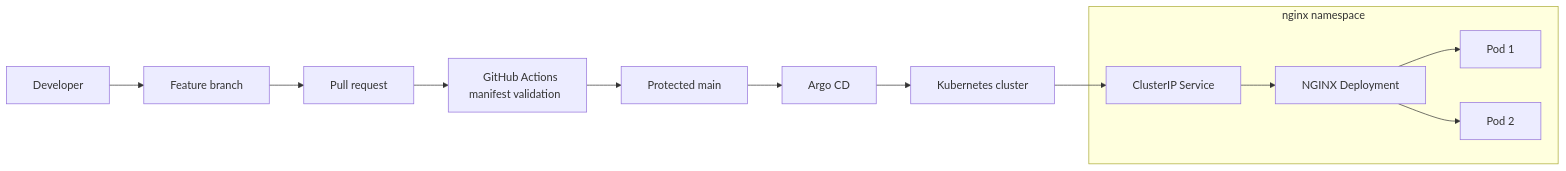
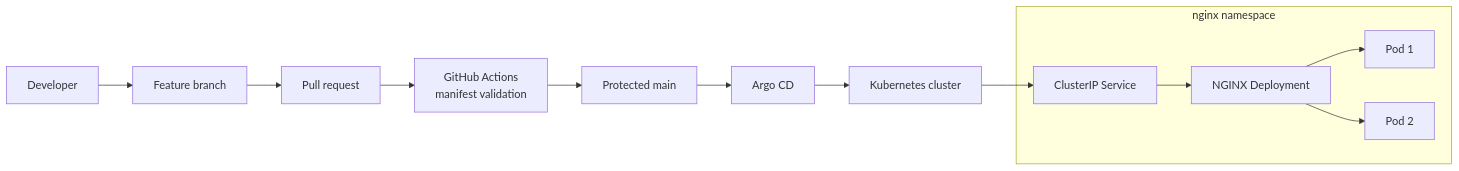
One commit to AZ1600/platform-engineering-gitops-argocd changed the diagram in README.md. Above: the diagram before and after it, drawn with Mermaid. The commit also changed other lines of this file and 1 other file, not shown here.

Commit message:
docs: add GitOps project overview and polish README

````diff
--- a/README.md
+++ b/README.md
@@ -15,30 +73,30 @@
 ```mermaid
 flowchart LR
-    DEV["&nbsp;&nbsp;Developer&nbsp;&nbsp;"]
-    BRANCH["&nbsp;&nbsp;Feature branch&nbsp;&nbsp;"]
-    PR["&nbsp;&nbsp;Pull request&nbsp;&nbsp;"]
-    CI["&nbsp;&nbsp;GitHub Actions<br/>manifest validation&nbsp;&nbsp;"]
-    MAIN["&nbsp;&nbsp;Protected main&nbsp;&nbsp;"]
-    ARGO["&nbsp;&nbsp;Argo CD&nbsp;&nbsp;"]
-    K8S["&nbsp;&nbsp;Kubernetes cluster&nbsp;&nbsp;"]
+    DEV["Developer"]
+    BRANCH["Feature branch"]
+    PR["Pull request"]
+    CI["GitHub Actions<br/>manifest validation"]
+    MAIN["Protected main"]
+    ARGO["Argo CD"]
+    K8S["Kubernetes cluster"]
 
     DEV --> BRANCH
     BRANCH --> PR
     PR --> CI
     CI --> MAIN
     MAIN --> ARGO
     ARGO --> K8S
 
     subgraph NS["nginx namespace"]
-        SVC["&nbsp;&nbsp;ClusterIP Service&nbsp;&nbsp;"]
-        DEP["&nbsp;&nbsp;NGINX Deployment&nbsp;&nbsp;"]
-        POD1["&nbsp;&nbsp;Pod 1&nbsp;&nbsp;"]
-        POD2["&nbsp;&nbsp;Pod 2&nbsp;&nbsp;"]
+        SVC["ClusterIP Service"]
+        DEP["NGINX Deployment"]
+        POD1["Pod 1"]
+        POD2["Pod 2"]
 
         SVC --> DEP
         DEP --> POD1
         DEP --> POD2
     end
 
     K8S --> SVC
 ```
````
